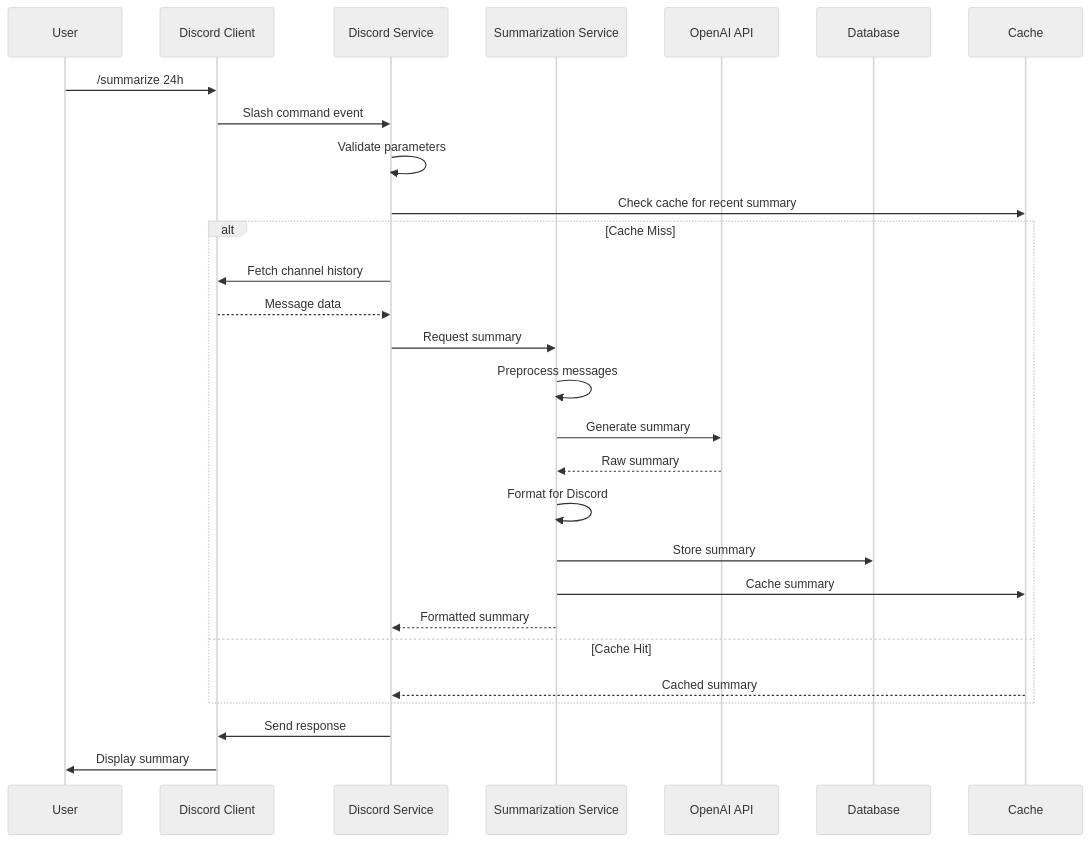
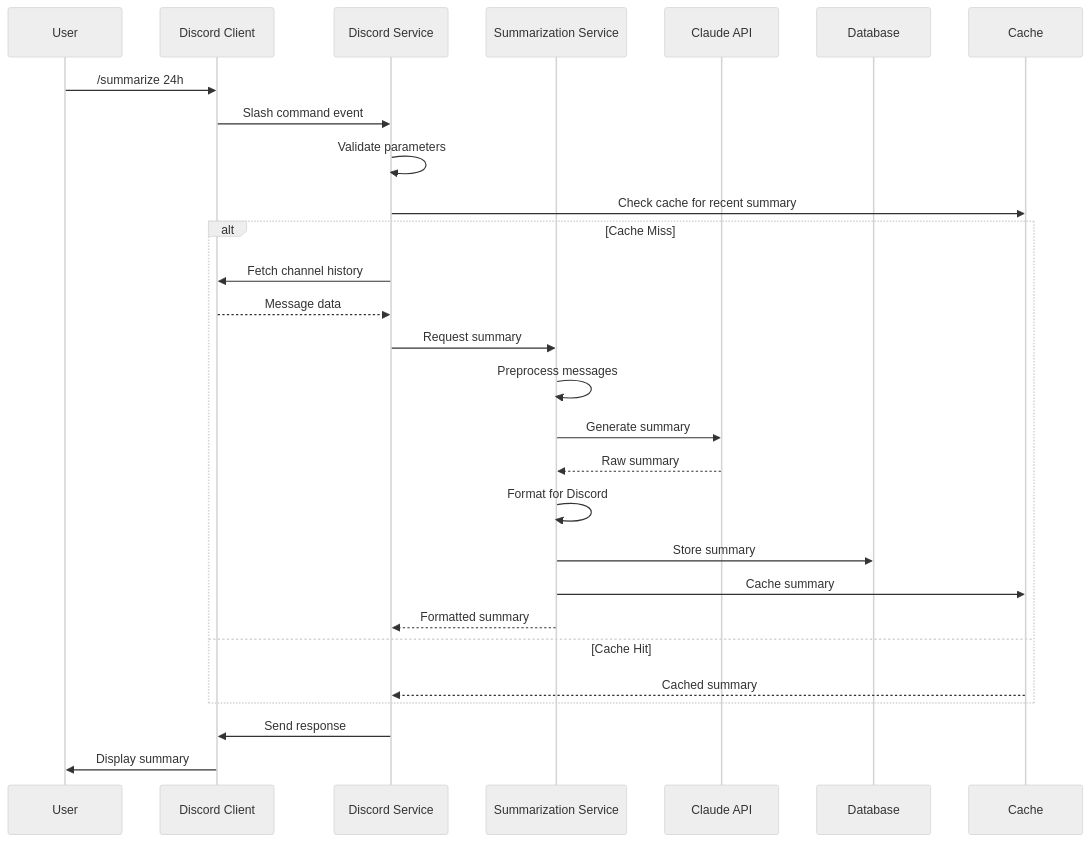
Before and after one commit to mrjcleaver/summarybot-ng: the second of 3 diagrams in docs/system-architecture.md, drawn with Mermaid (neutral theme). The commit also changed other lines of this file and 5 other files, not shown here.

First line of the commit message:
docs: Update all references from OpenAI/GPT-4 to Claude/OpenRouter

````diff
--- a/docs/system-architecture.md
+++ b/docs/system-architecture.md
@@ -430,33 +430,33 @@
 ```mermaid
 sequenceDiagram
     participant U as User
     participant D as Discord Client
     participant DS as Discord Service
     participant SS as Summarization Service
-    participant OAI as OpenAI API
+    participant CLAUDE as Claude API
     participant DB as Database
     participant C as Cache
 
     U->>D: /summarize 24h
     D->>DS: Slash command event
     DS->>DS: Validate parameters
     DS->>C: Check cache for recent summary
     
     alt Cache Miss
         DS->>D: Fetch channel history
         D-->>DS: Message data
         DS->>SS: Request summary
         SS->>SS: Preprocess messages
-        SS->>OAI: Generate summary
-        OAI-->>SS: Raw summary
+        SS->>CLAUDE: Generate summary
+        CLAUDE-->>SS: Raw summary
         SS->>SS: Format for Discord
         SS->>DB: Store summary
         SS->>C: Cache summary
         SS-->>DS: Formatted summary
     else Cache Hit
         C-->>DS: Cached summary
     end
     
     DS->>D: Send response
     D->>U: Display summary
 ```
````
